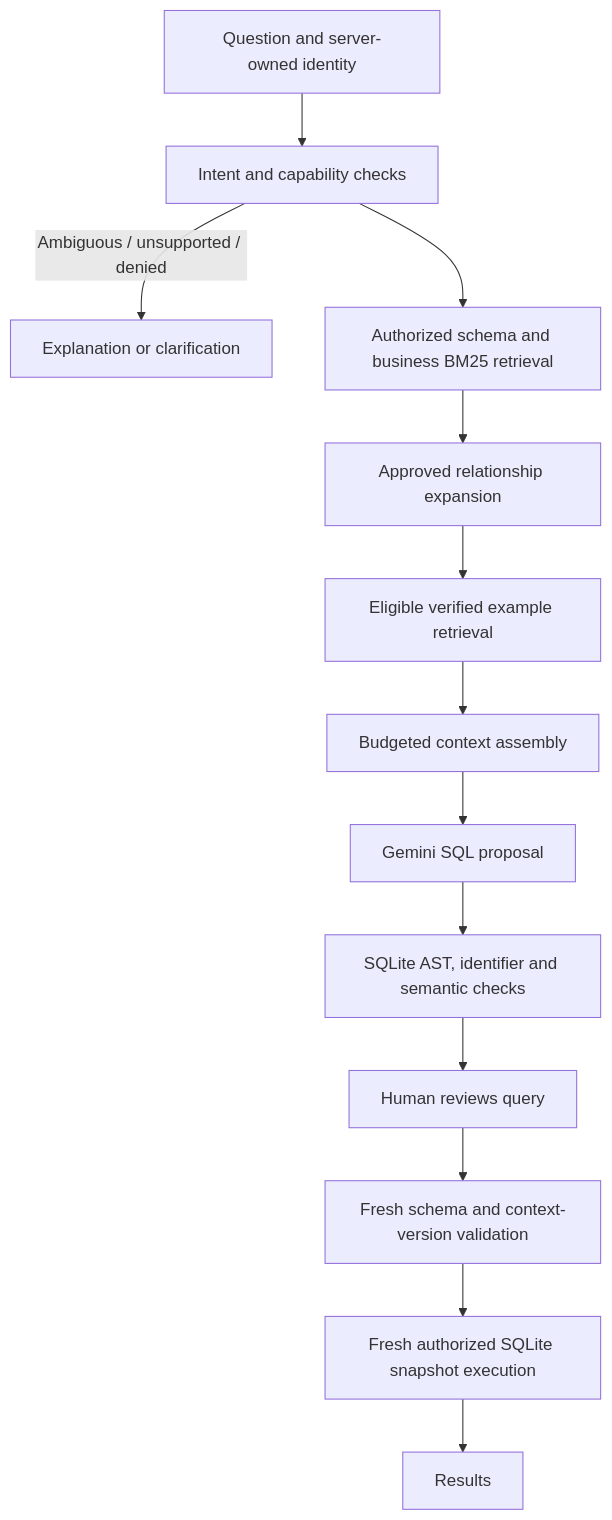
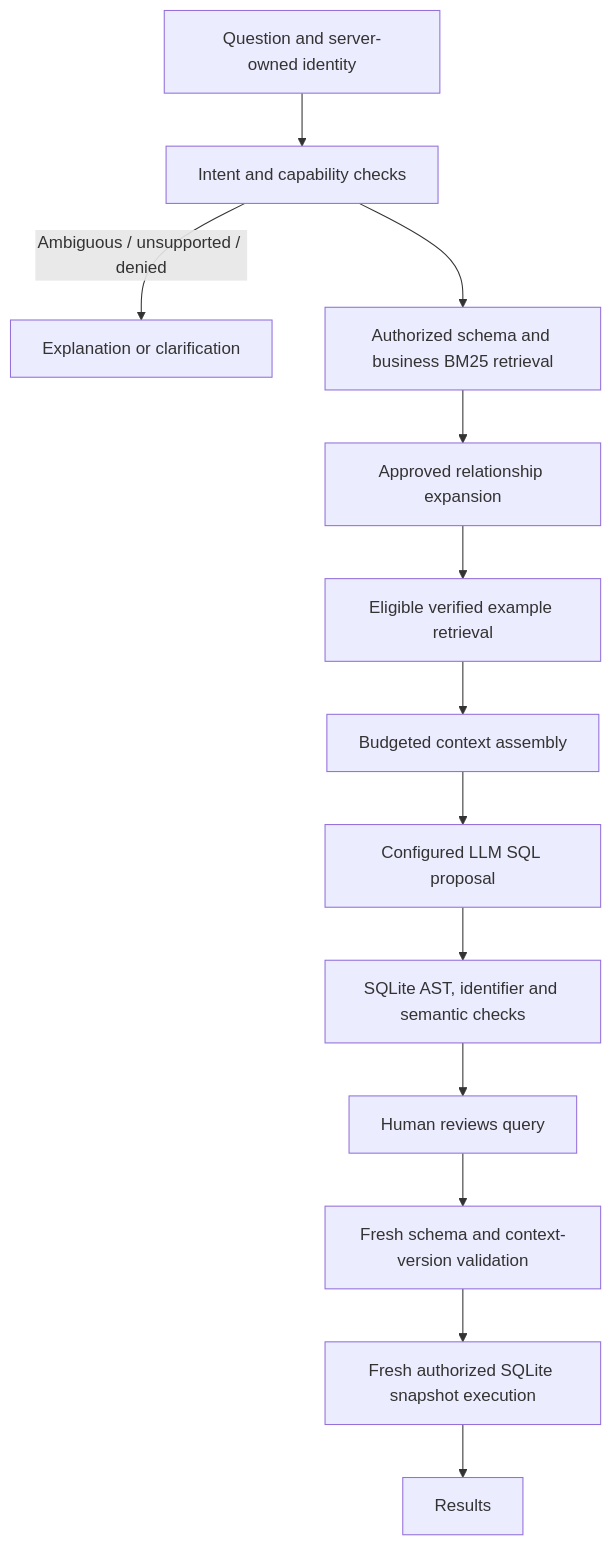
Before and after one commit to srikant31/Agentic_SQL_ChatBot: the diagram in SCHEMA_INTELLIGENCE.md, drawn with Mermaid. The commit also changed other lines of this file and 16 other files, not shown here.

````diff
--- a/SCHEMA_INTELLIGENCE.md
+++ b/SCHEMA_INTELLIGENCE.md
@@ -27,15 +30,15 @@
 ```mermaid
 flowchart TD
     Q[Question and server-owned identity] --> I[Intent and capability checks]
     I -->|Ambiguous / unsupported / denied| C[Explanation or clarification]
     I --> R[Authorized schema and business BM25 retrieval]
     R --> J[Approved relationship expansion]
     J --> E[Eligible verified example retrieval]
     E --> A[Budgeted context assembly]
-    A --> G[Gemini SQL proposal]
+    A --> G[Configured LLM SQL proposal]
     G --> V[SQLite AST, identifier and semantic checks]
     V --> H[Human reviews query]
     H --> F[Fresh schema and context-version validation]
     F --> S[Fresh authorized SQLite snapshot execution]
     S --> O[Results]
 ```
````
